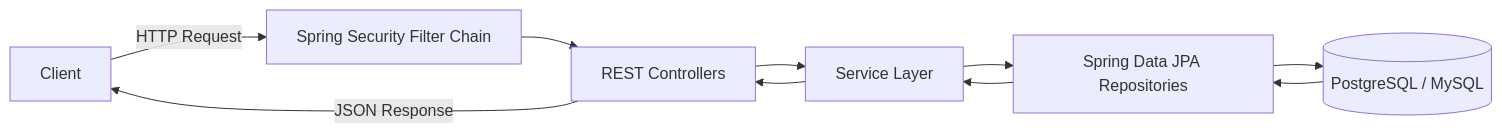
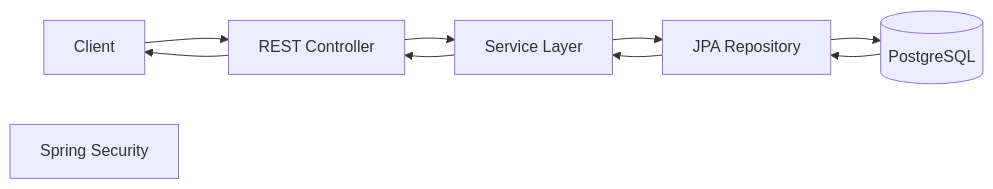
Before and after one commit to priyanshu-dube/RoleRadar: the diagram in README.md, drawn with Mermaid. The commit also changed other lines of this file, not shown here.

````diff
--- a/README.md
+++ b/README.md
@@ -116,21 +117,20 @@
 ```mermaid
 flowchart LR
 
 Client["Client"]
-Security["Spring Security Filter Chain"]
-Controller["REST Controllers"]
+Security["Spring Security"]
+Controller["REST Controller"]
 Service["Service Layer"]
-Repository["Spring Data JPA Repositories"]
-Database[("PostgreSQL / MySQL")]
+Repository["JPA Repository"]
+Database[("PostgreSQL")]
 
-Client -->|HTTP Request| Security
-Security --> Controller
+Client --> Controller
 Controller --> Service
 Service --> Repository
 Repository --> Database
 
 Database --> Repository
 Repository --> Service
 Service --> Controller
-Controller -->|JSON Response| Client
+Controller --> Client
 ```
````
